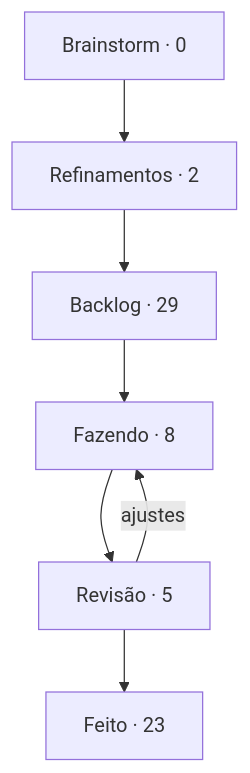
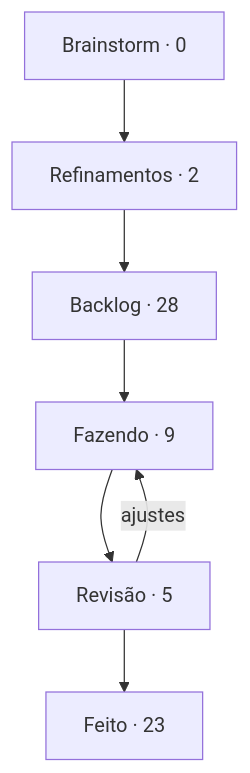
The diagram in boards/dungeon-bend/BOARD.md (StudioVibi/VibiKanban), drawn with Mermaid before and after one commit. The commit also changed other lines of this file and 1 other file, not shown here.

Commit message:
board: DB-75 Backlog → Fazendo (@Leon-nis)

````diff
--- a/boards/dungeon-bend/BOARD.md
+++ b/boards/dungeon-bend/BOARD.md
@@ -5,12 +5,12 @@
 ```mermaid
 flowchart TD
   brainstorm["Brainstorm · 0"] --> refinamentos["Refinamentos · 2"]
-  refinamentos --> backlog["Backlog · 29"]
-  backlog --> doing["Fazendo · 8"]
+  refinamentos --> backlog["Backlog · 28"]
+  backlog --> doing["Fazendo · 9"]
   doing --> review["Revisão · 5"]
   review --> done["Feito · 23"]
   review -->|ajustes| doing
   doing:::blue
   review:::yellow
   done:::green
 ```
````
